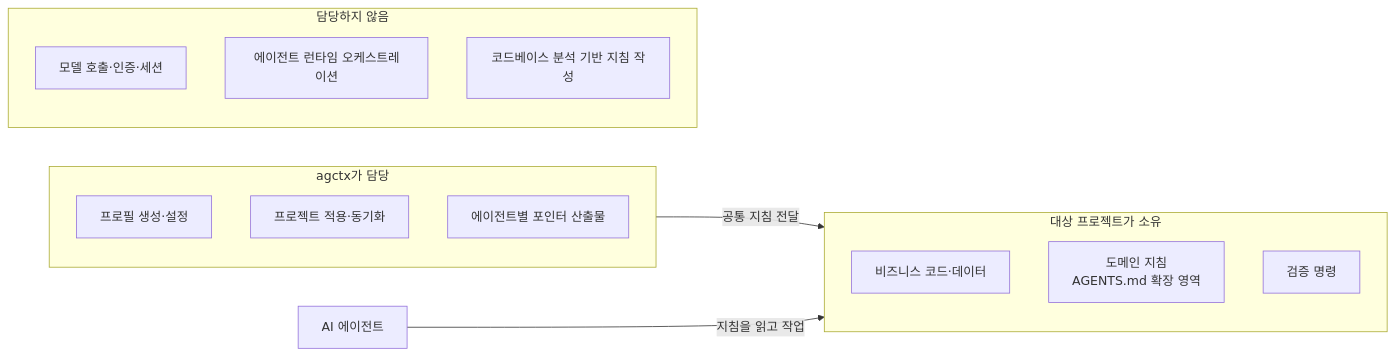
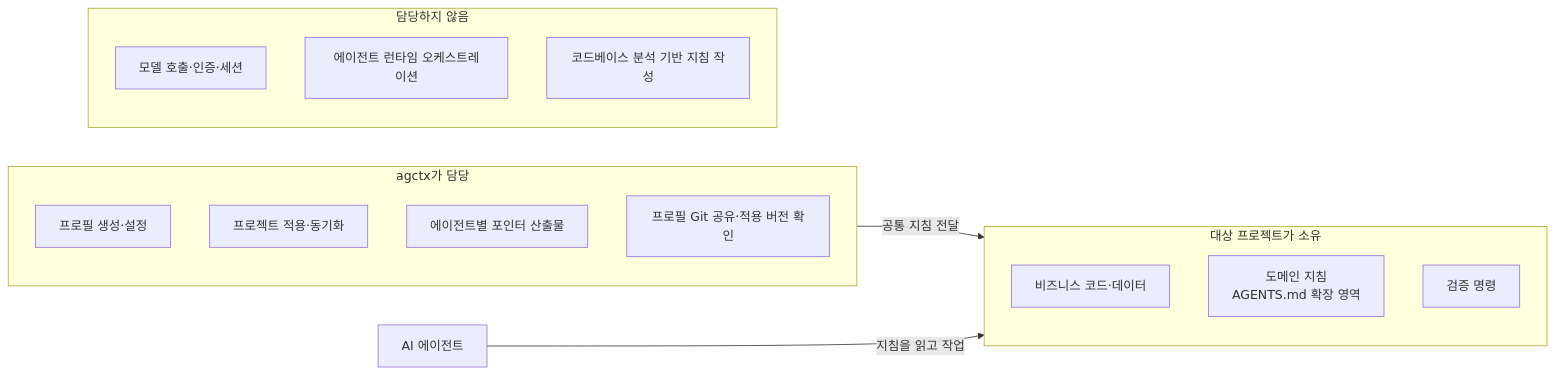
The diagram in docs/product-direction.md (IsthisLee/agent-context-manager), drawn with Mermaid before and after one commit. The commit also changed other lines of this file and 60 other files, not shown here.

First line of the commit message:
feat: 명령 계약과 Git 프로필 공유·적용 버전 기록·check를 추가한다

````diff
--- a/docs/product-direction.md
+++ b/docs/product-direction.md
@@ -33,20 +33,21 @@
 ```mermaid
 flowchart LR
   subgraph OWN["agctx가 담당"]
     O1["프로필 생성·설정"]
     O2["프로젝트 적용·동기화"]
     O3["에이전트별 포인터 산출물"]
+    O4["프로필 Git 공유·적용 버전 확인"]
   end
   subgraph PROJECT["대상 프로젝트가 소유"]
     P1["비즈니스 코드·데이터"]
     P2["도메인 지침<br/>AGENTS.md 확장 영역"]
     P3["검증 명령"]
   end
   subgraph OUT["담당하지 않음"]
     X1["모델 호출·인증·세션"]
     X2["에이전트 런타임 오케스트레이션"]
     X3["코드베이스 분석 기반 지침 작성"]
   end
   OWN -->|"공통 지침 전달"| PROJECT
   AGENT["AI 에이전트"] -->|"지침을 읽고 작업"| PROJECT
 ```
````
